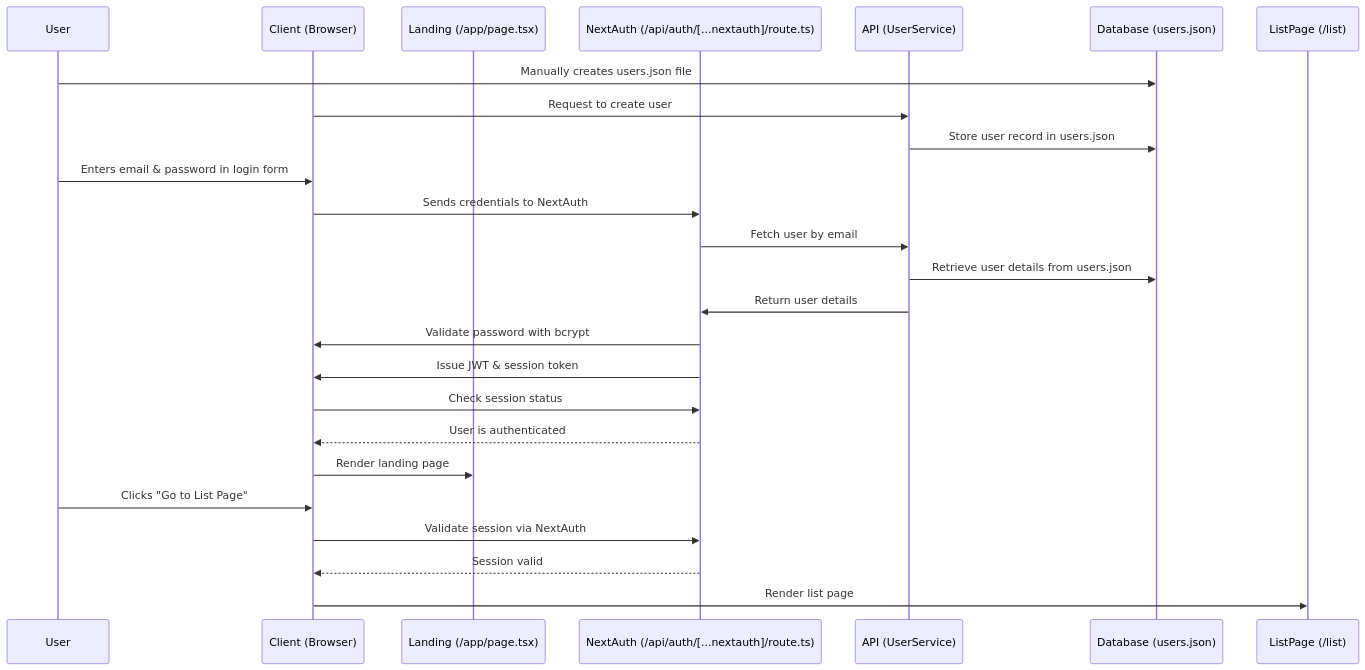
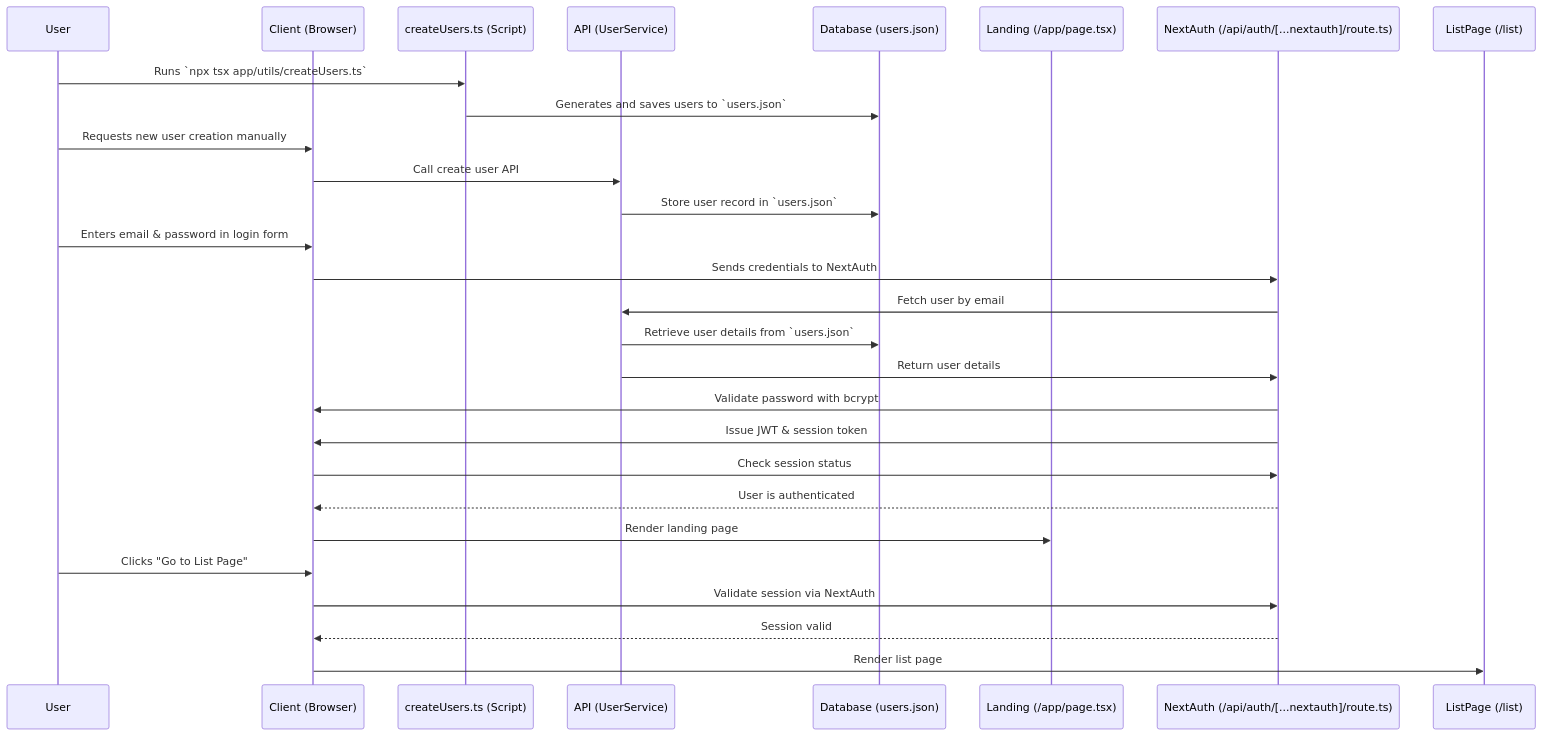
Before and after one commit to xmione/sunvoy: the second of 2 diagrams in Docs/Process Flow - Next.js Authentication.md, drawn with Mermaid.

Commit message:
Added createUsers.ts in the sequence diagram.

````diff
--- a/Docs/Process Flow - Next.js Authentication.md
+++ b/Docs/Process Flow - Next.js Authentication.md
@@ -43,37 +43,42 @@
 ```mermaid
 sequenceDiagram
     %% Participants
     participant U as User
     participant C as Client (Browser)
+    participant CU as createUsers.ts (Script)
+    participant API as API (UserService)
+    participant DB as Database (users.json)
     participant LP as Landing (/app/page.tsx)
     participant NA as NextAuth (/api/auth/[...nextauth]/route.ts)
-    participant API as API (UserService)
-    participant DB as Database (users.json)
     participant LST as ListPage (/list)
 
-    %% 1. Users Creation
-    U->>DB: Manually creates users.json file
-    C->>API: Request to create user
-    API->>DB: Store user record in users.json
+    %% 1. Users Creation via Script
+    U->>CU: Runs `npx tsx app/utils/createUsers.ts`
+    CU->>DB: Generates and saves users to `users.json`
     
-    %% 2. Login Process
+    %% 2. Manual API-Based User Creation
+    U->>C: Requests new user creation manually
+    C->>API: Call create user API
+    API->>DB: Store user record in `users.json`
+    
+    %% 3. Login Process
     U->>C: Enters email & password in login form
     C->>NA: Sends credentials to NextAuth
     NA->>API: Fetch user by email
-    API->>DB: Retrieve user details from users.json
+    API->>DB: Retrieve user details from `users.json`
     API->>NA: Return user details
     NA->>C: Validate password with bcrypt
     NA->>C: Issue JWT & session token
 
-    %% 3. Landing & Auto Sign‑In
+    %% 4. Landing & Auto Sign‑In
     C->>NA: Check session status
     NA-->>C: User is authenticated
     C->>LP: Render landing page
 
-    %% 4. Navigate to List Page
+    %% 5. Navigate to List Page
     U->>C: Clicks "Go to List Page"
     C->>NA: Validate session via NextAuth
     NA-->>C: Session valid
     C->>LST: Render list page
-
+    
 ```
````
